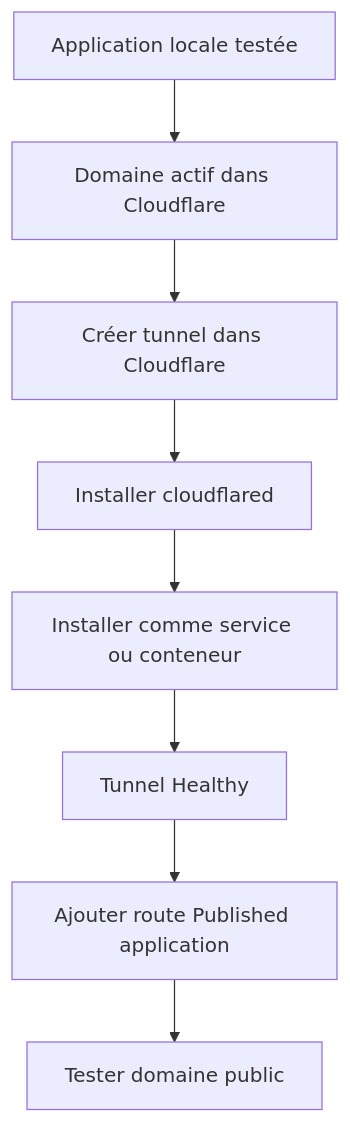
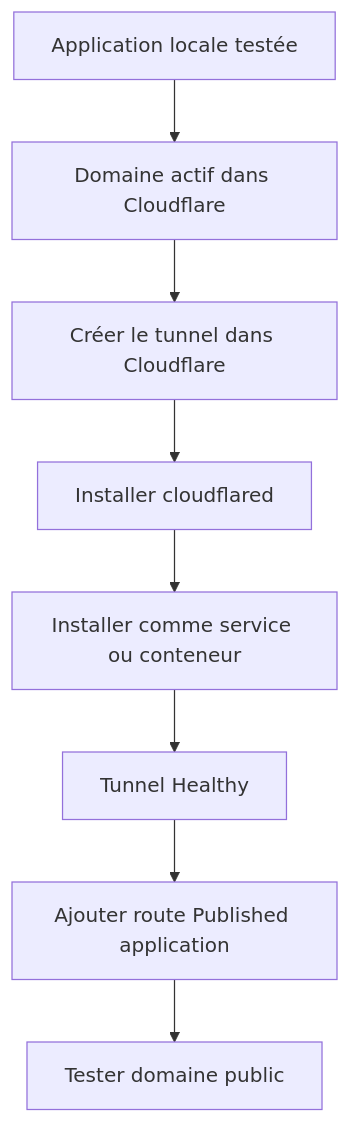
Before and after one commit to LFR-54/cloudflared-guides-fr: the diagram in 03_Tunnel_Permanent.md, drawn with Mermaid. The commit also changed other lines of this file and 5 other files, not shown here.

````diff
--- a/03_Tunnel_Permanent.md
+++ b/03_Tunnel_Permanent.md
@@ -36,10 +36,10 @@
 ```mermaid
 flowchart TD
     A[Application locale testée] --> B[Domaine actif dans Cloudflare]
-    B --> C[Créer tunnel dans Cloudflare]
+    B --> C[Créer le tunnel dans Cloudflare]
     C --> D[Installer cloudflared]
     D --> E[Installer comme service ou conteneur]
     E --> F[Tunnel Healthy]
     F --> G[Ajouter route Published application]
     G --> H[Tester domaine public]
 ```
````
